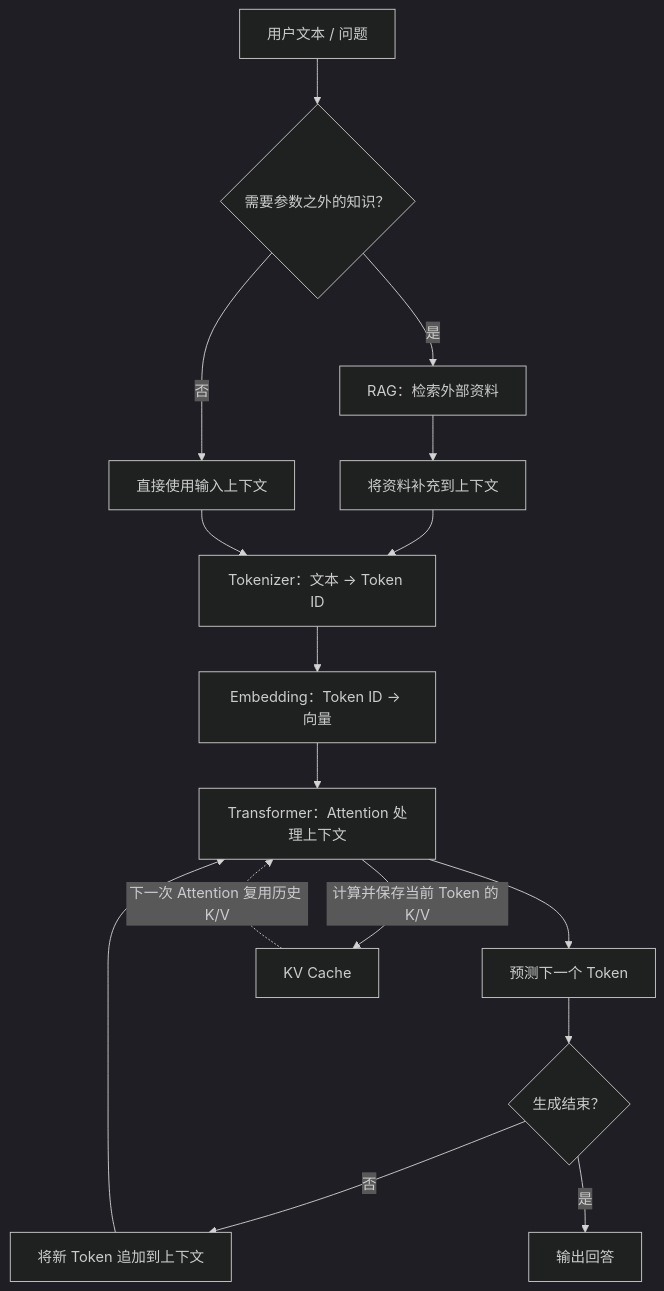
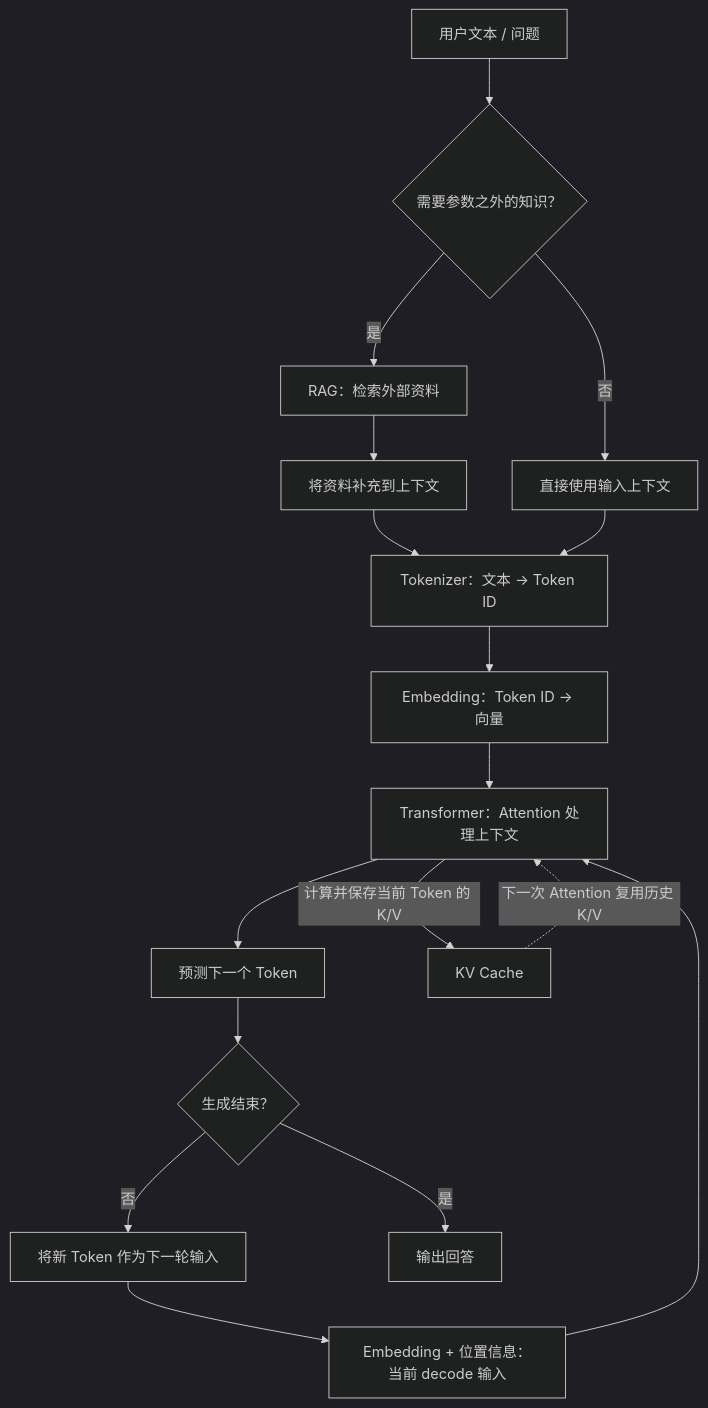
One commit to LeiLiGithub/AgenticOS changed the first of 4 diagrams in posts/2026-07-14-从Token到RAG-我这一周搭起的大模型基础认知地图.md. Above: the diagram before and after it, drawn with Mermaid (dark theme). The commit also changed other lines of this file and 14 other files, not shown here.

````diff
--- a/posts/2026-07-14-从Token到RAG-我这一周搭起的大模型基础认知地图.md
+++ b/posts/2026-07-14-从Token到RAG-我这一周搭起的大模型基础认知地图.md
@@ -35,18 +35,19 @@
 ```mermaid
 flowchart TD
     A[用户文本 / 问题] --> B{需要参数之外的知识？}
     B -- 是 --> C[RAG：检索外部资料]
     C --> D[将资料补充到上下文]
     B -- 否 --> E[直接使用输入上下文]
     D --> F[Tokenizer：文本 → Token ID]
     E --> F
     F --> G[Embedding：Token ID → 向量]
     G --> H[Transformer：Attention 处理上下文]
     H --> I[预测下一个 Token]
     I --> J{生成结束？}
-    J -- 否 --> K[将新 Token 追加到上下文]
-    K --> H
+    J -- 否 --> K[将新 Token 作为下一轮输入]
+    K --> N[Embedding + 位置信息：当前 decode 输入]
+    N --> H
     H -->|计算并保存当前 Token 的 K/V| L[KV Cache]
     L -. 下一次 Attention 复用历史 K/V .-> H
     J -- 是 --> M[输出回答]
 ```
````
